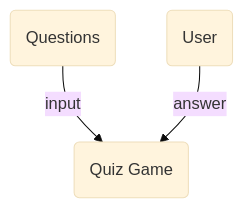
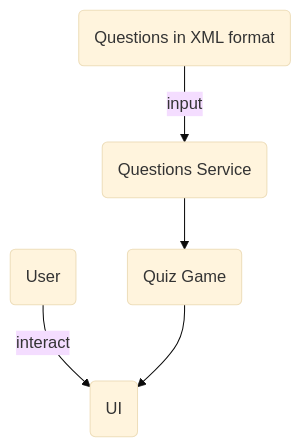
One commit to ioana-amariei/wpf-questionnaire changed the diagram in README.md. Above: the diagram before and after it, drawn with Mermaid (base theme).

````diff
--- a/README.md
+++ b/README.md
@@ -14,6 +14,8 @@
 ```mermaid
 flowchart
-        Q(Questions) -->|input| QG(Quiz Game)
-        U(User) -->|answer| QG(Quiz Game)
+        Q(Questions in XML format) -->|input| QS(Questions Service)
+        QS(Questions Service) --> QG(Quiz Game)
+        U(User) -->|interact| UI(UI)
+        QG(Quiz Game) --> UI(UI)
     
 ```
````
